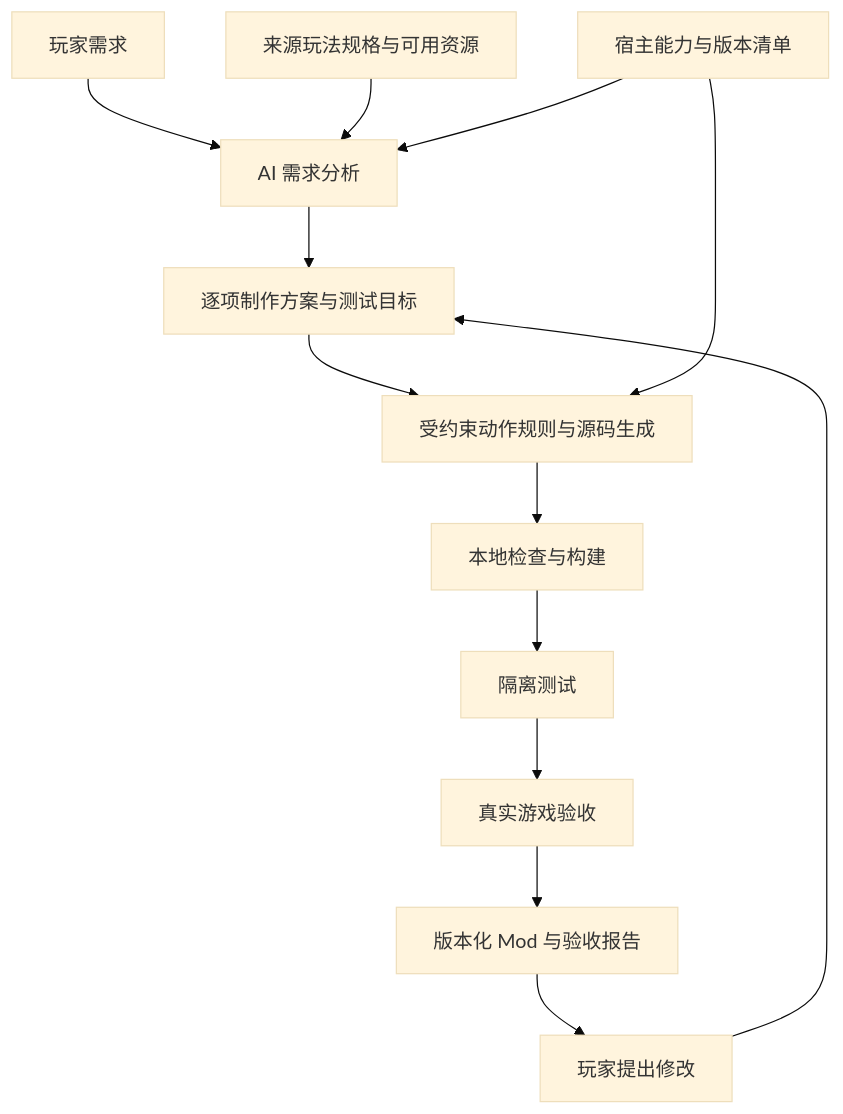
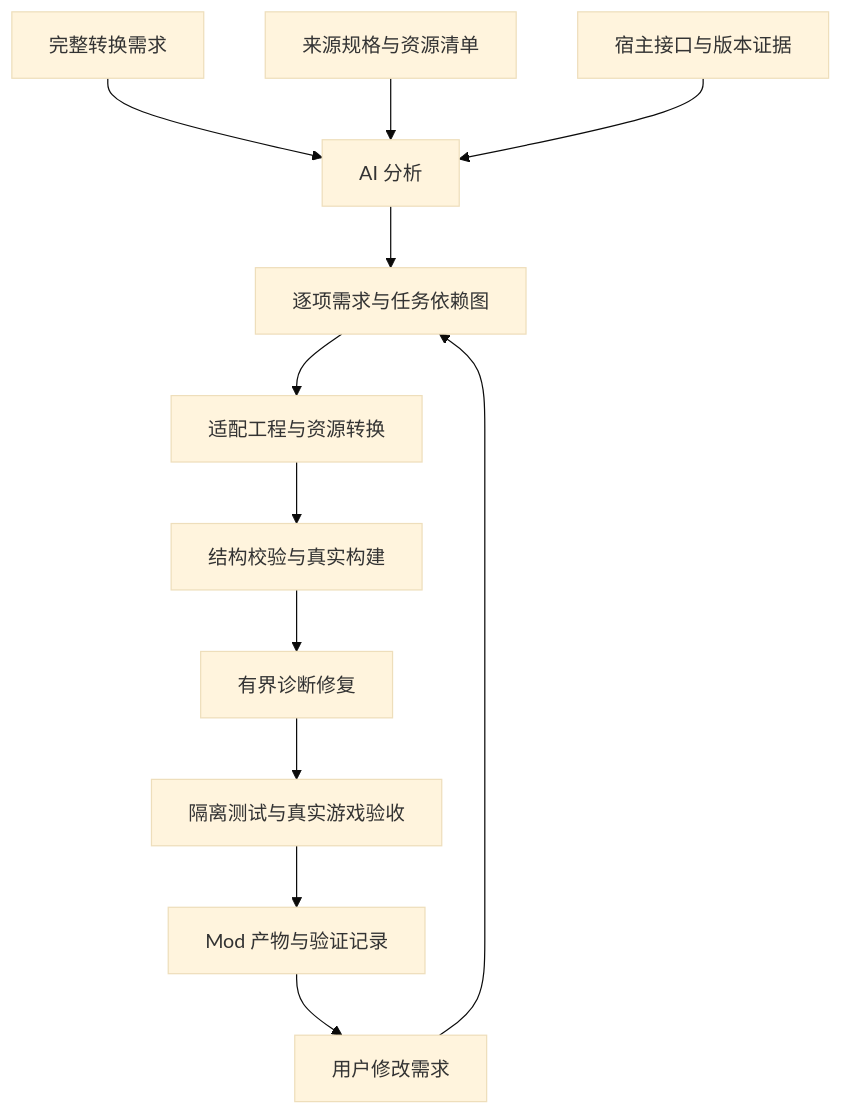
Before and after one commit to Loganwon/gamebridge: the diagram in docs/product-plan.md, drawn with Mermaid (base theme). The commit also changed other lines of this file and 89 other files, not shown here.

````diff
--- a/docs/product-plan.md
+++ b/docs/product-plan.md
@@ -91,15 +33,14 @@
 ```mermaid
 flowchart TD
-    A[玩家需求] --> B[AI 需求分析]
-    C[来源玩法规格与可用资源] --> B
-    D[宿主能力与版本清单] --> B
-    B --> E[逐项制作方案与测试目标]
-    E --> F[受约束动作规则与源码生成]
-    D --> F
-    F --> G[本地检查与构建]
-    G --> H[隔离测试]
-    H --> I[真实游戏验收]
-    I --> J[版本化 Mod 与验收报告]
-    J --> K[玩家提出修改]
-    K --> E
+    R[完整转换需求] --> A[AI 分析]
+    S[来源规格与资源清单] --> A
+    H[宿主接口与版本证据] --> A
+    A --> P[逐项需求与任务依赖图]
+    P --> G[适配工程与资源转换]
+    G --> V[结构校验与真实构建]
+    V --> F[有界诊断修复]
+    F --> T[隔离测试与真实游戏验收]
+    T --> D[Mod 产物与验证记录]
+    D --> C[用户修改需求]
+    C --> P
 ```
````
